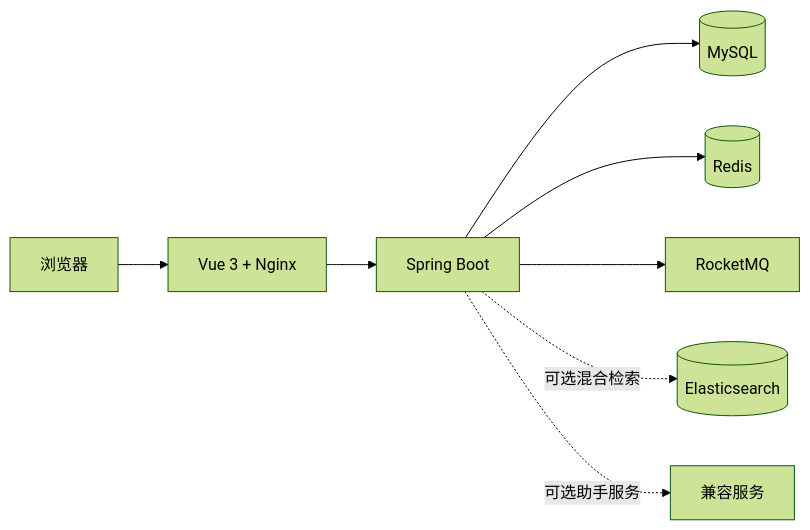
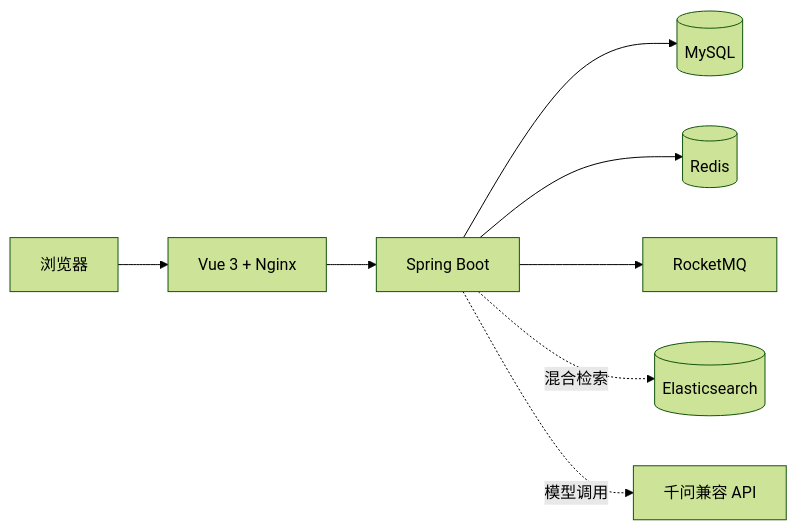
Before and after one commit to tyj-618/UniNook: the diagram in README.md, drawn with Mermaid (forest theme). The commit also changed other lines of this file and 1 other file, not shown here.

````diff
--- a/README.md
+++ b/README.md
@@ -38,10 +70,10 @@
 ```mermaid
 flowchart LR
     Browser[浏览器] --> Web[Vue 3 + Nginx]
     Web --> App[Spring Boot]
     App --> MySQL[(MySQL)]
     App --> Redis[(Redis)]
     App --> MQ[RocketMQ]
-    App -. 可选混合检索 .-> ES[(Elasticsearch)]
-    App -. 可选助手服务 .-> Provider[兼容服务]
+    App -. 混合检索 .-> ES[(Elasticsearch)]
+    App -. 模型调用 .-> Provider[千问兼容 API]
 ```
````
